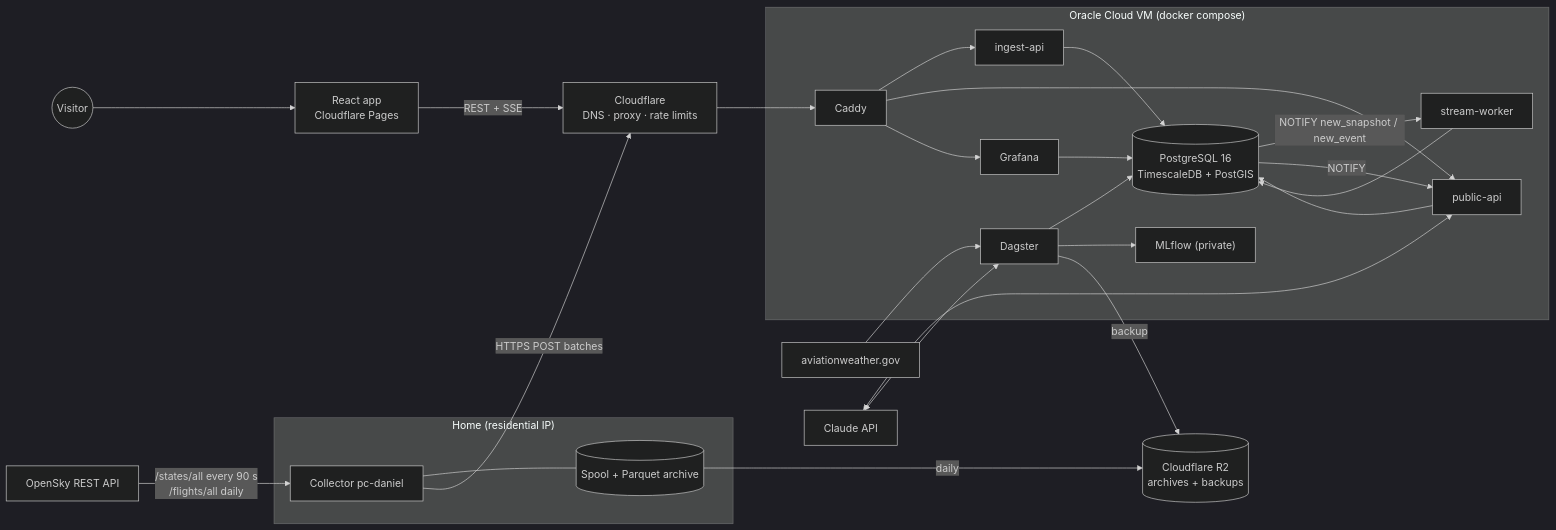
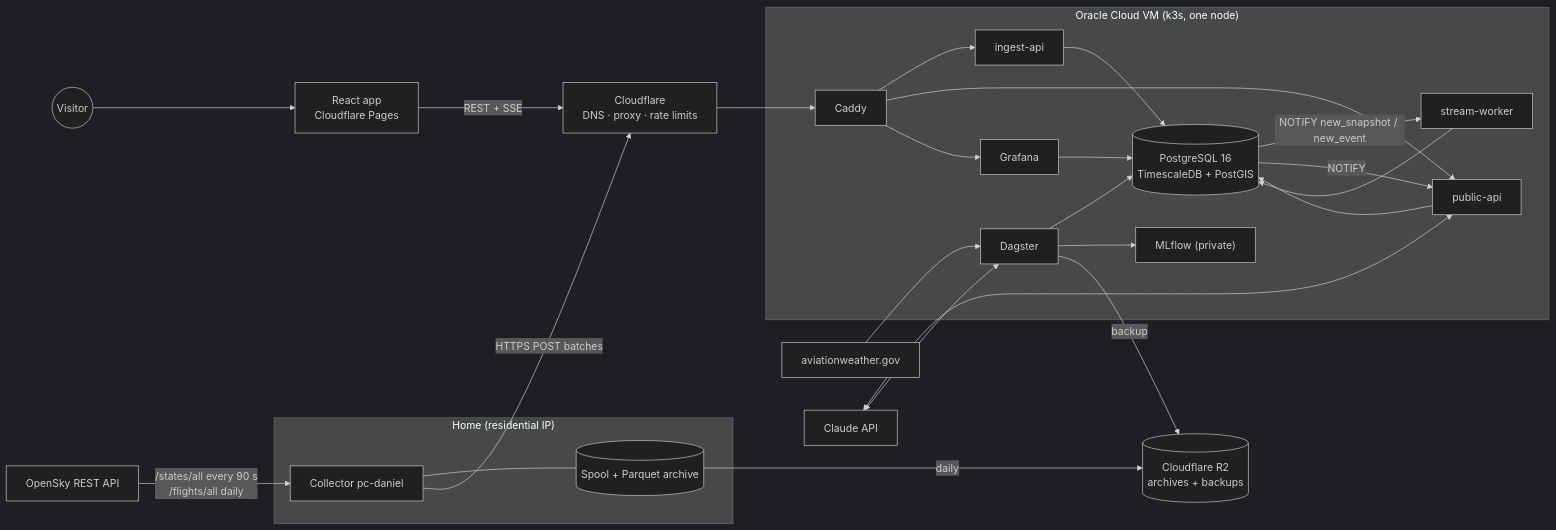
Before and after one commit to airspace-monitor/airspace-live-tracker: the diagram in docs/01-architecture.md, drawn with Mermaid (dark theme). The commit also changed other lines of this file and 25 other files, not shown here.

````diff
--- a/docs/01-architecture.md
+++ b/docs/01-architecture.md
@@ -5,45 +5,45 @@
 ```mermaid
 flowchart LR
   subgraph Home["Home (residential IP)"]
     C1["Collector pc-daniel"]
     S1[("Spool + Parquet archive")]
     C1 --- S1
   end
 
   OS["OpenSky REST API"] -->|"/states/all every 90 s<br/>/flights/all daily"| C1
 
   CF["Cloudflare<br/>DNS · proxy · rate limits"]
   C1 -->|"HTTPS POST batches"| CF
 
-  subgraph VM["Oracle Cloud VM (docker compose)"]
+  subgraph VM["Oracle Cloud VM (k3s, one node)"]
     CADDY["Caddy"]
     ING["ingest-api"]
     API["public-api"]
     DB[("PostgreSQL 16<br/>TimescaleDB + PostGIS")]
     ORCH["Dagster"]
     STREAM["stream-worker"]
     MLF["MLflow (private)"]
     GRAF["Grafana"]
   end
 
   CF --> CADDY
   CADDY --> ING --> DB
   CADDY --> API
   CADDY --> GRAF
   DB -- "NOTIFY new_snapshot / new_event" --> STREAM
   DB -- "NOTIFY" --> API
   STREAM --> DB
   ORCH --> DB
   ORCH --> MLF
   API --> DB
   GRAF --> DB
 
   WX["aviationweather.gov"] --> ORCH
   LLM["Claude API"] <--> API
   LLM <--> ORCH
   S1 -->|"daily"| R2[("Cloudflare R2<br/>archives + backups")]
   ORCH -->|"backup"| R2
 
   WEB["React app<br/>Cloudflare Pages"] -->|"REST + SSE"| CF
   USER(("Visitor")) --> WEB
 ```
````
